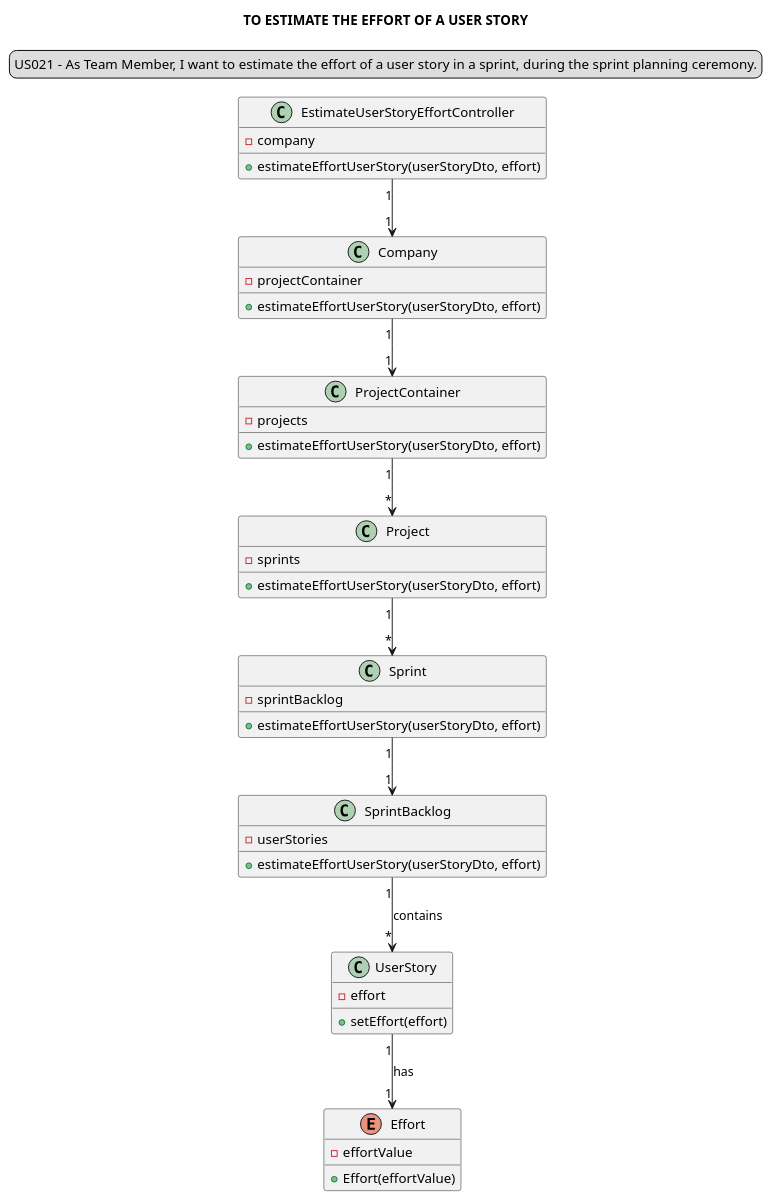
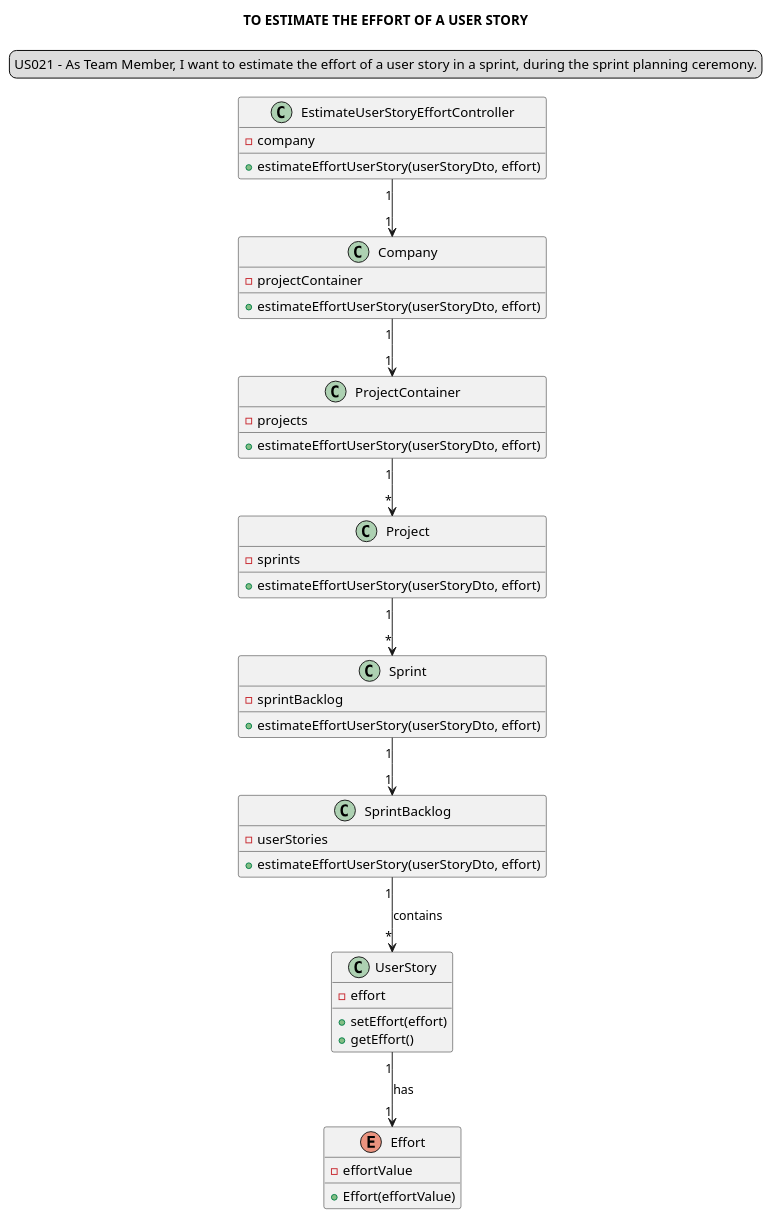
Before and after one commit to Loracline/project_switch_22-23: the diagram in docs/modelling_design/user_stories/sprint03/us021/US021_classDiagram.puml, drawn with PlantUML. The commit also changed 2 other files, not shown here.

Commit message:
US021 : Development : Added method getEffort and setEffort to class UserStory references #95; Created the class UserStoryTest references #96; updated US021_classDiagram.puml references #14

```diff
--- a/docs/modelling_design/user_stories/sprint03/us021/US021_classDiagram.puml
+++ b/docs/modelling_design/user_stories/sprint03/us021/US021_classDiagram.puml
@@ -1,50 +1,51 @@
 @startuml
 'https://plantuml.com/sequence-diagram
 title TO ESTIMATE THE EFFORT OF A USER STORY
 legend top
 US021 - As Team Member, I want to estimate the effort of a user story in a sprint, during the sprint planning ceremony.
 end legend
 skinparam sequenceMessageAlign center
 
 class "EstimateUserStoryEffortController" {
 - company
 + estimateEffortUserStory(userStoryDto, effort)
 }
 
 class "Company" {
 - projectContainer
 + estimateEffortUserStory(userStoryDto, effort)
 }
 class "ProjectContainer" {
 - projects
 + estimateEffortUserStory(userStoryDto, effort)
 }
 class "Project"{
 - sprints
 + estimateEffortUserStory(userStoryDto, effort)
 }
 class "Sprint"{
 - sprintBacklog
 + estimateEffortUserStory(userStoryDto, effort)
 }
 class "SprintBacklog" {
 - userStories
 + estimateEffortUserStory(userStoryDto, effort)
 }
 class "UserStory"{
 - effort
 + setEffort(effort)
++ getEffort()
 }
 enum "Effort"{
 - effortValue
 + Effort(effortValue)
 }
 
 "EstimateUserStoryEffortController" "1" --> "1" "Company"
 "Company" "1" --> "1" "ProjectContainer"
 "ProjectContainer" "1" --> "*" "Project"
 "Project" "1" --> "*" "Sprint"
 "Sprint" "1" --> "1" "SprintBacklog"
 "SprintBacklog" "1" --> "*" "UserStory" : contains
 "UserStory" "1" --> "1" "Effort" : has
 @enduml
```
